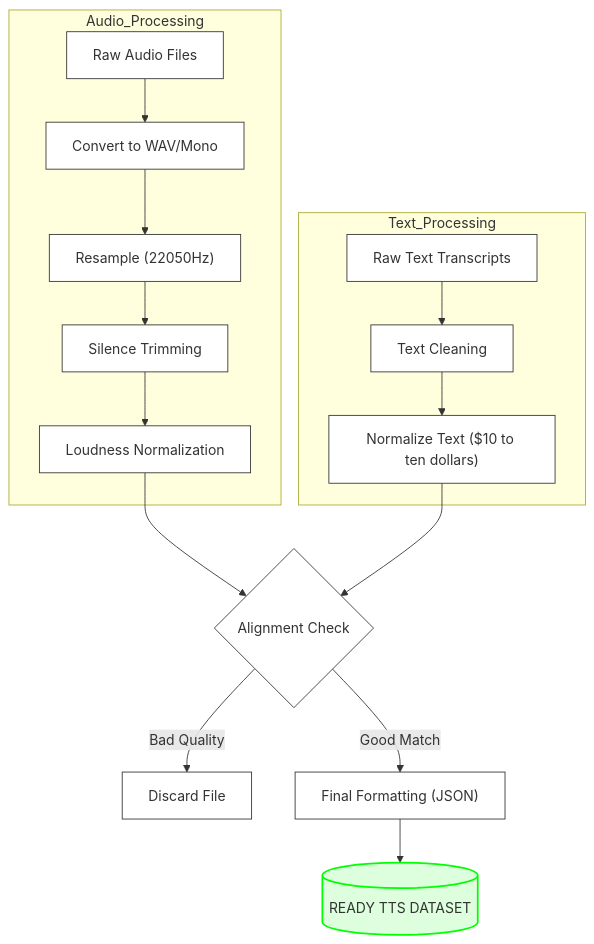
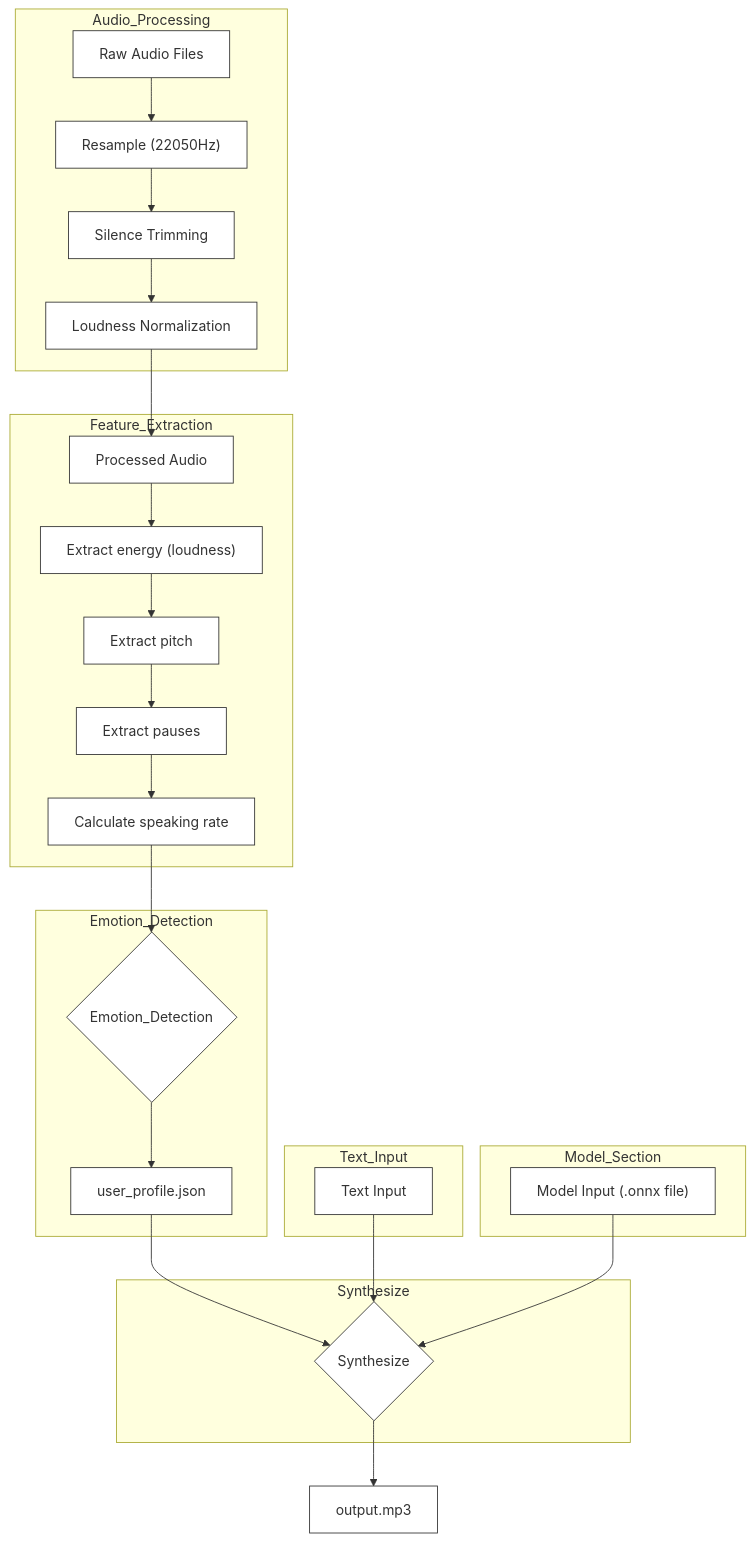
Before and after one commit to sandbox0maes-grl/TTS: the diagram in Dataset_Analysis.md, drawn with Mermaid. The commit also changed other lines of this file and 12 other files, not shown here.

Commit message:
audio output generation

````diff
--- a/Dataset_Analysis.md
+++ b/Dataset_Analysis.md
@@ -71,30 +71,50 @@
 ```mermaid
 flowchart TD;
     %% Defines Colors
     classDef default fill:#fff,stroke:#333,stroke-width:1px;
     classDef final fill:#dfd,stroke:#0f0,stroke-width:2px;
 
     %% Audio Section
     subgraph Audio_Processing
-        A1["Raw Audio Files"] --> B1["Convert to WAV/Mono"];
-        B1 --> B2["Resample (22050Hz)"];
+        A1["Raw Audio Files"];
+        A1 --> B2["Resample (22050Hz)"];
         B2 --> B3["Silence Trimming"];
         B3 --> B4["Loudness Normalization"];
     end
 
-    %% Text Section
-    subgraph Text_Processing
-        C1["Raw Text Transcripts"] --> C2["Text Cleaning"];
-        C2 --> C3["Normalize Text ($10 to ten dollars)"];
+    %% Feature Extraction
+    subgraph Feature_Extraction
+        B4 --> F1["Processed Audio"];
+        F1 --> F2["Extract energy (loudness)"];
+        F2 --> F3["Extract pitch"];
+        F3 --> F4["Extract pauses"];
+        F4 --> F5["Calculate speaking rate"];
     end
 
-    %% Logic Connections
-    B4 --> D{"Alignment Check"};
-    C3 --> D;
+    %%Emotion Detection
+    subgraph Emotion_Detection
+        F5 --> J1{"Emotion_Detection"}
+        J1 --> J2["user_profile.json"]
+    end
+
+
+    %% Text Section
+    subgraph Text_Input
+        C3["Text Input"];
+    end
+
+    %% Model Section
+    subgraph Model_Section
+        Z3["Model Input (.onnx file)"];
+    end
+
+    %% Synthesize
+    subgraph Synthesize
+      J2 --> D{"Synthesize"};
+      C3 --> D;
+      Z3-->D
+    end
 
     %% Outcomes
-    D -- "Bad Quality" --> E["Discard File"];
-    D -- "Good Match" --> F["Final Formatting (JSON)"];
-
-    F --> G[("READY TTS DATASET")]:::final;
+    D --> F["output.mp3"];
 ```
````
